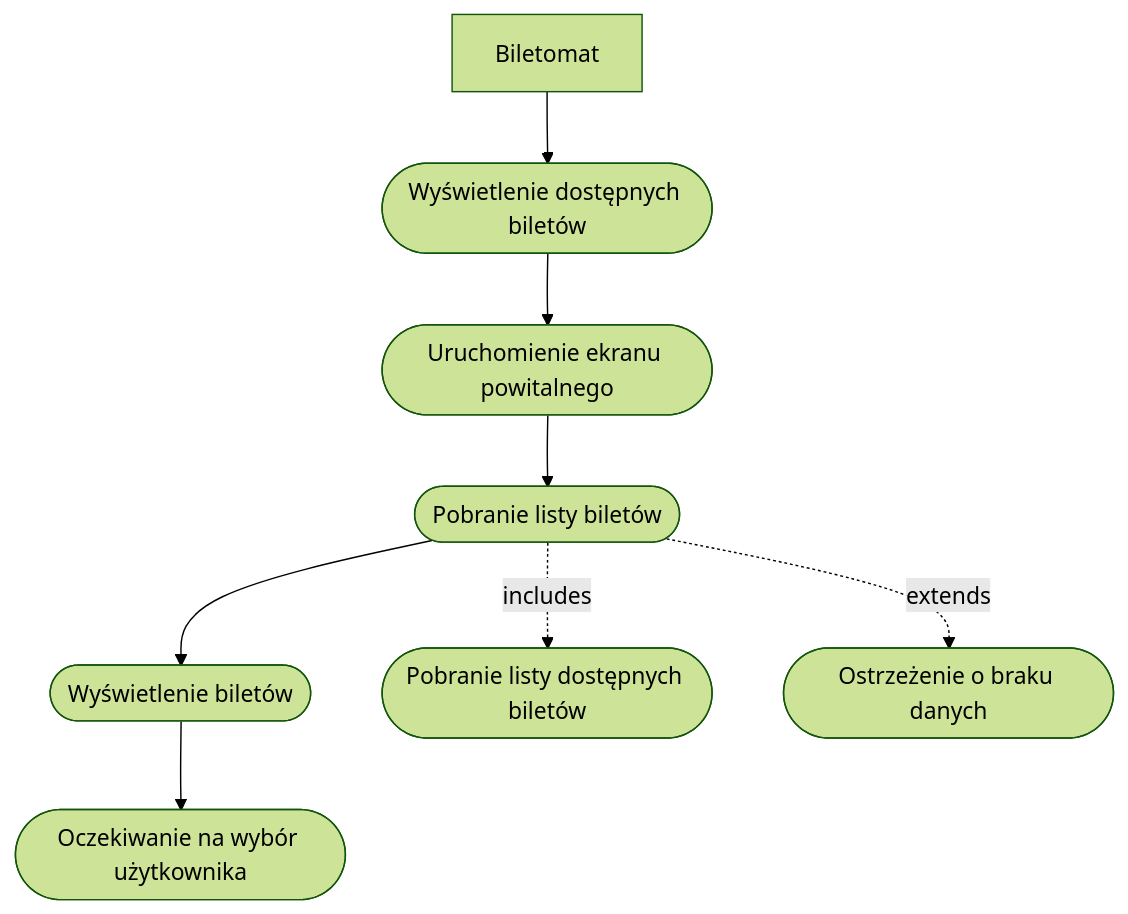
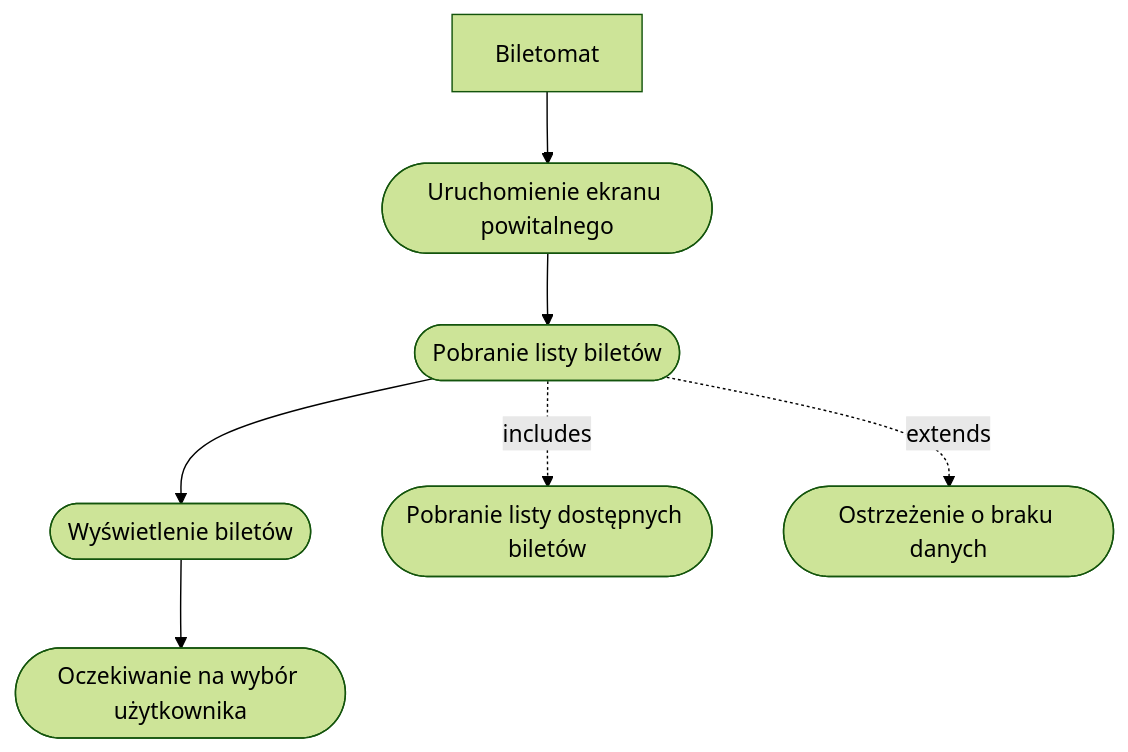
One commit to s3r10us3r/mwo_lab4 changed the first of 7 diagrams in biletomat.md. Above: the diagram before and after it, drawn with Mermaid (forest theme).

````diff
--- a/biletomat.md
+++ b/biletomat.md
@@ -15,10 +15,9 @@
 ```mermaid
 flowchart TD
-    A[Biletomat] --> B@{shape: stadium, label: "Wyświetlenie dostępnych biletów"}
-    B --> H@{shape: stadium, label: "Uruchomienie ekranu powitalnego"}
+    A[Biletomat] --> H@{shape: stadium, label: "Uruchomienie ekranu powitalnego"}
     H --> C@{shape: stadium, label: "Pobranie listy biletów"}
     C --> D@{shape: stadium, label: "Wyświetlenie biletów"}
     D --> E@{shape: stadium, label: "Oczekiwanie na wybór użytkownika"}
     C -.includes.-> F@{shape: stadium, label: "Pobranie listy dostępnych biletów"}
     C -.extends.-> G@{shape: stadium, label: "Ostrzeżenie o braku danych"}
 ```
````
